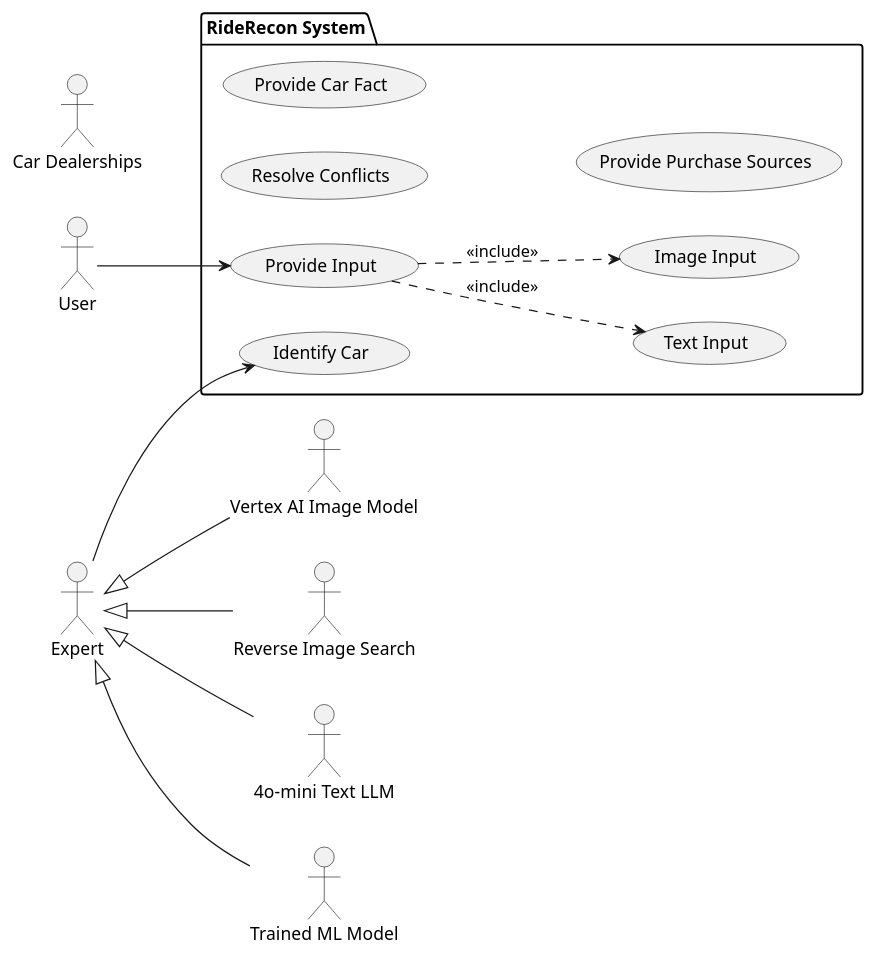
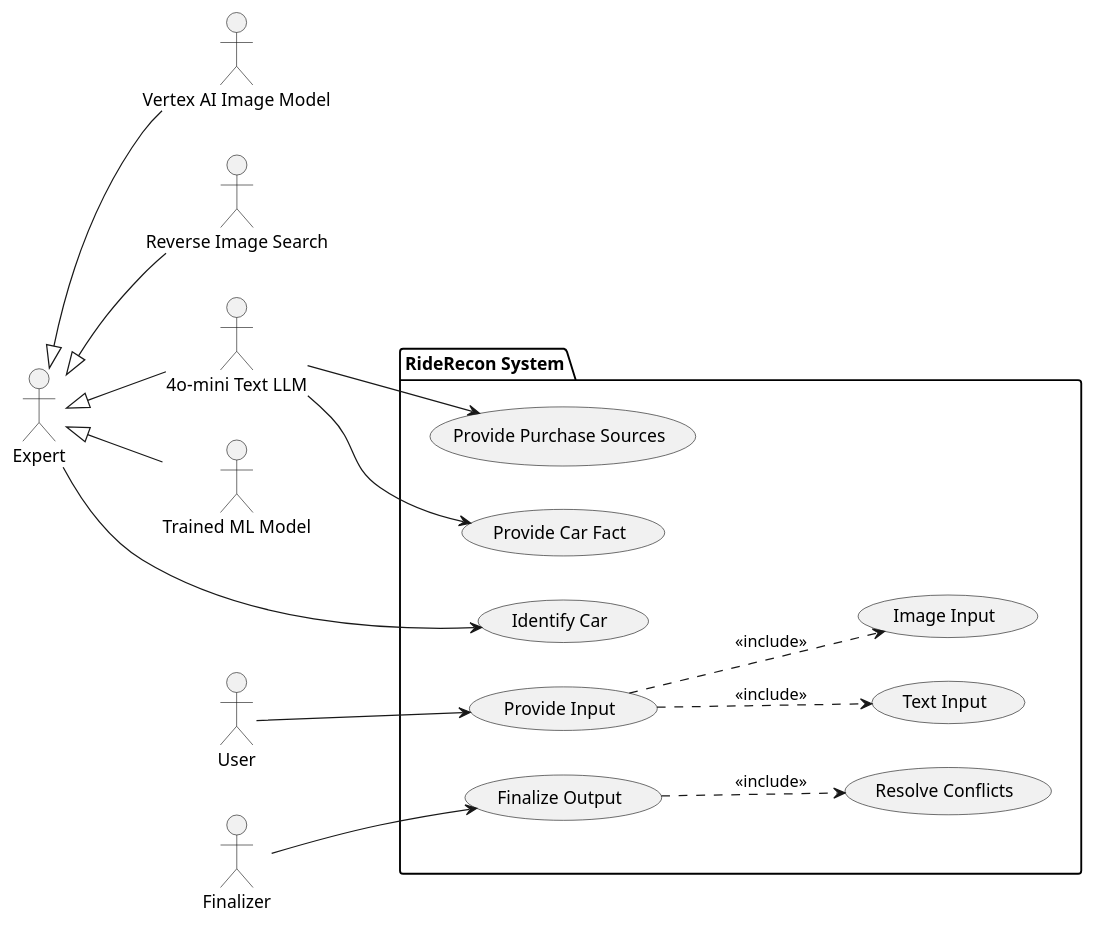
The diagram in D1/usecase_diagram.plantuml (HashBukhtiar/RideRecon), drawn with PlantUML before and after one commit.

Commit message:
Finished first draft of UC diagram

```diff
--- a/D1/usecase_diagram.plantuml
+++ b/D1/usecase_diagram.plantuml
@@ -1,31 +1,41 @@
 @startuml
 left to right direction
 actor User 
-actor Expert
+actor "Vertex AI Image Model" as VertexAIImageModel
+actor "Reverse Image Search" as ReverseImageSearch
+actor "4o-mini Text LLM" as TextLLM
+actor "Trained ML Model" as TrainedMLModel
 
 package "RideRecon System" as System {
     usecase "Provide Input" as ProvideInput
     usecase "Text Input" as TextInput
     usecase "Image Input" as ImageInput
     usecase "Identify Car" as IdentifyCar
     usecase "Resolve Conflicts" as ResolveConflicts
     usecase "Provide Car Fact" as ProvideCarFact
     usecase "Provide Purchase Sources" as ProvidePurchaseSources
+    usecase "Finalize Output" as FinalizeOutput
 }
 
-actor "Vertex AI Image Model" as VertexAIImageModel
-actor "Reverse Image Search" as ReverseImageSearch
-actor "4o-mini Text LLM" as TextLLM
-actor "Trained ML Model" as TrainedMLModel
-actor "Car Dealerships" as Sources
+actor Expert as Expert
+actor Finalizer as Finalizer
+
+TextLLM --> ProvideCarFact
+TextLLM --> ProvidePurchaseSources
 
 User --> ProvideInput
 ProvideInput ..> TextInput : <<include>>
 ProvideInput ..> ImageInput : <<include>>
 
+Finalizer --> FinalizeOutput
+FinalizeOutput ..> ResolveConflicts : <<include>>
+
 Expert --> IdentifyCar
-Expert <|-- VertexAIImageModel
-Expert <|-- ReverseImageSearch
-Expert <|-- TextLLM
-Expert <|-- TrainedMLModel
+VertexAIImageModel -up-|> Expert
+ReverseImageSearch -up-|> Expert
+TextLLM -up-|> Expert
+TrainedMLModel -up-|> Expert
+
+System -[hidden]-> Expert
+System -[hidden]-> Finalizer
 @enduml
```
